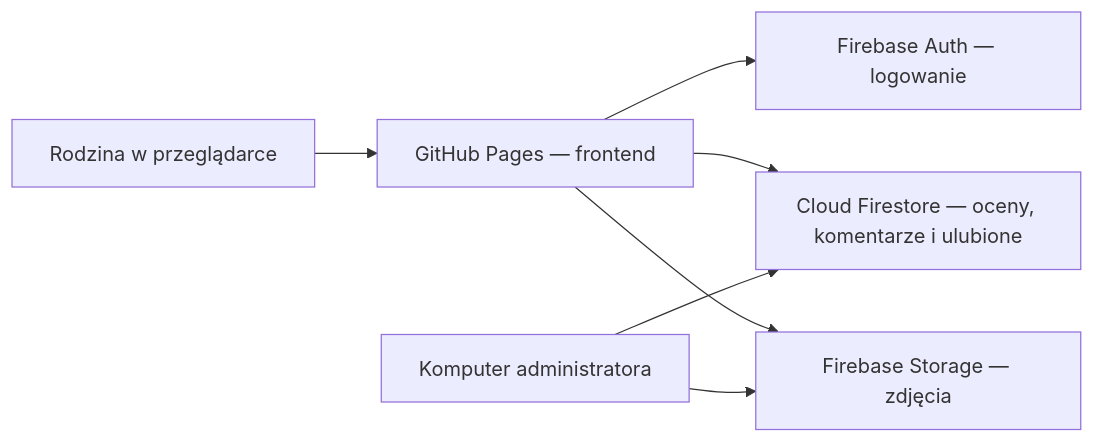
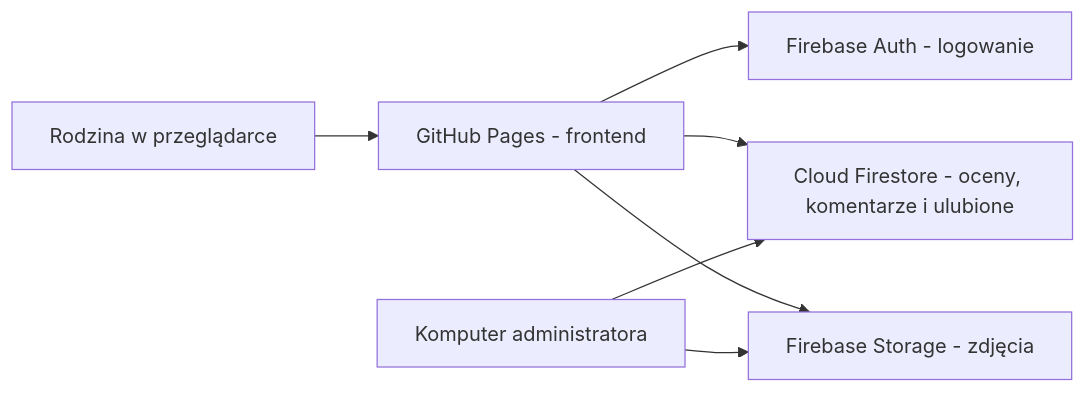
The diagram in README.md (DominDev/DominDev-Frame), drawn with Mermaid before and after one commit. The commit also changed other lines of this file and 4 other files, not shown here.

````diff
--- a/README.md
+++ b/README.md
@@ -102,9 +102,9 @@
 ```mermaid
 flowchart LR
-    U["Rodzina w przeglądarce"] --> P["GitHub Pages — frontend"]
-    P --> A["Firebase Auth — logowanie"]
-    P --> D["Cloud Firestore — oceny, komentarze i ulubione"]
-    P --> S["Firebase Storage — zdjęcia"]
+    U["Rodzina w przeglądarce"] --> P["GitHub Pages - frontend"]
+    P --> A["Firebase Auth - logowanie"]
+    P --> D["Cloud Firestore - oceny, komentarze i ulubione"]
+    P --> S["Firebase Storage - zdjęcia"]
     M["Komputer administratora"] --> D
     M --> S
 ```
````
